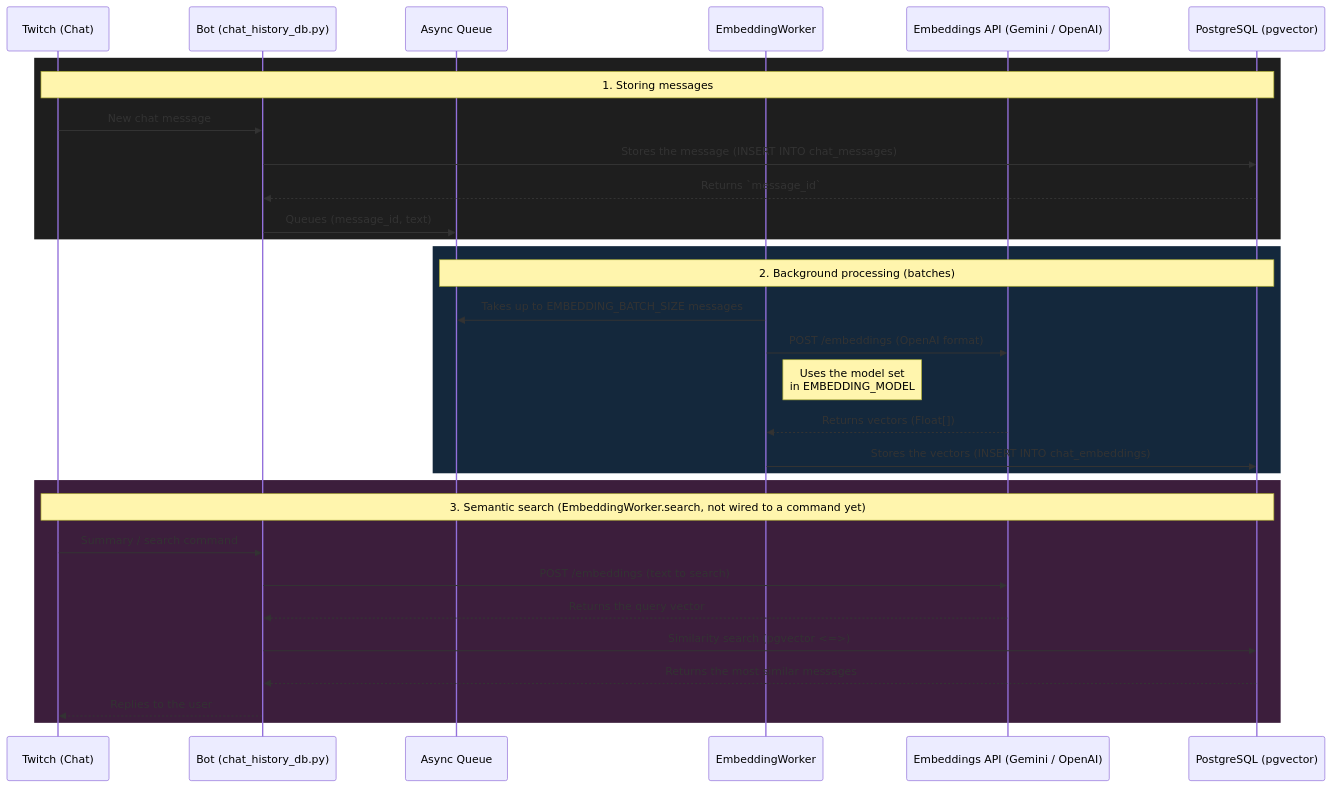
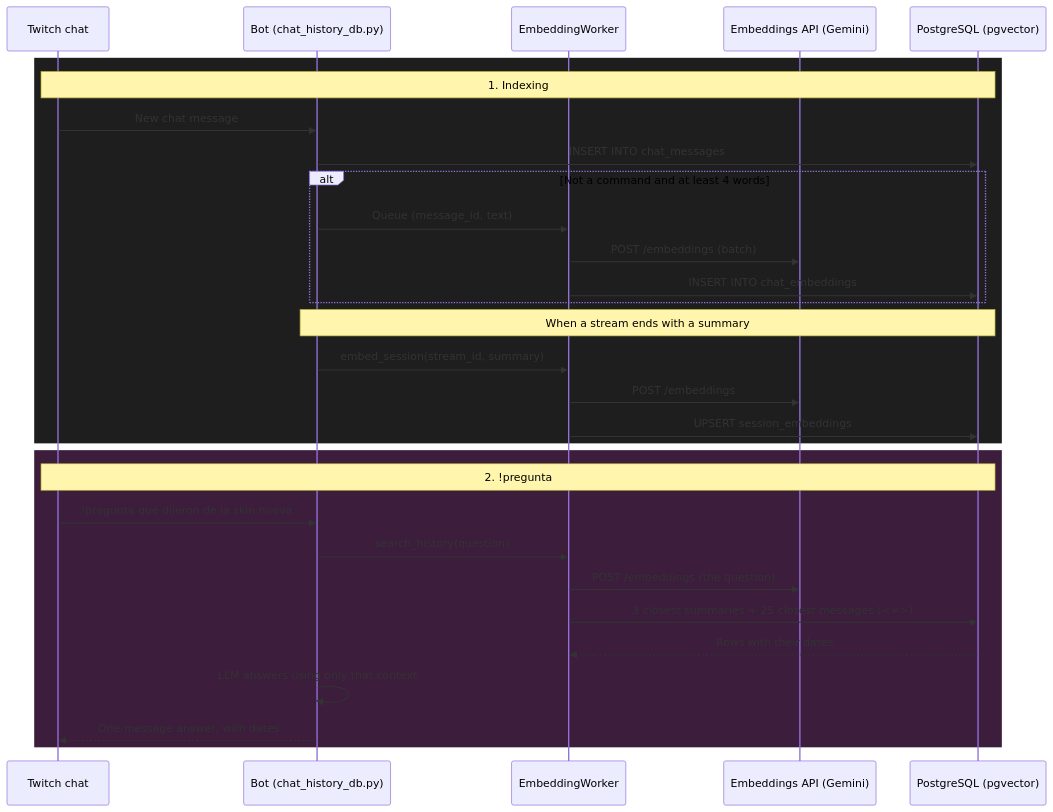
The diagram in docs/embeddings.md (martinSaav/bot_ducky), drawn with Mermaid before and after one commit. The commit also changed other lines of this file and 13 other files, not shown here.

First line of the commit message:
Feat: !pregunta answers questions about past streams

````diff
--- a/docs/embeddings.md
+++ b/docs/embeddings.md
@@ -8,39 +20,34 @@
 ```mermaid
 sequenceDiagram
-    participant T as Twitch (Chat)
+    participant T as Twitch chat
     participant B as Bot (chat_history_db.py)
-    participant Q as Async Queue
     participant W as EmbeddingWorker
-    participant API as Embeddings API (Gemini / OpenAI)
+    participant API as Embeddings API (Gemini)
     participant DB as PostgreSQL (pgvector)
 
-    %% Storing flow
     rect rgb(30, 30, 30)
-    Note over T,DB: 1. Storing messages
+    Note over T,DB: 1. Indexing
     T->>B: New chat message
-    B->>DB: Stores the message (INSERT INTO chat_messages)
-    DB-->>B: Returns `message_id`
-    B->>Q: Queues (message_id, text)
+    B->>DB: INSERT INTO chat_messages
+    alt Not a command and at least 4 words
+        B->>W: Queue (message_id, text)
+        W->>API: POST /embeddings (batch)
+        W->>DB: INSERT INTO chat_embeddings
+    end
+    Note over B,DB: When a stream ends with a summary
+    B->>W: embed_session(stream_id, summary)
+    W->>API: POST /embeddings
+    W->>DB: UPSERT session_embeddings
     end
 
-    %% Worker flow (background)
-    rect rgb(20, 40, 60)
-    Note over Q,DB: 2. Background processing (batches)
-    W->>Q: Takes up to EMBEDDING_BATCH_SIZE messages
-    W->>API: POST /embeddings (OpenAI format)
-    Note right of W: Uses the model set<br/>in EMBEDDING_MODEL
-    API-->>W: Returns vectors (Float[])
-    W->>DB: Stores the vectors (INSERT INTO chat_embeddings)
-    end
-
-    %% Semantic search flow
     rect rgb(60, 30, 60)
-    Note over T,DB: 3. Semantic search (EmbeddingWorker.search, not wired to a command yet)
-    T->>B: Summary / search command
-    B->>API: POST /embeddings (text to search)
-    API-->>B: Returns the query vector
-    B->>DB: Similarity search (pgvector <=>)
-    DB-->>B: Returns the most similar messages
-    B-->>T: Replies to the user
+    Note over T,DB: 2. !pregunta
+    T->>B: !pregunta que dijeron de la skin nueva
+    B->>W: search_history(question)
+    W->>API: POST /embeddings (the question)
+    W->>DB: 3 closest summaries + 25 closest messages (<=>)
+    DB-->>W: Rows with their dates
+    B->>B: LLM answers using only that context
+    B-->>T: One-message answer, with dates
     end
 ```
````
